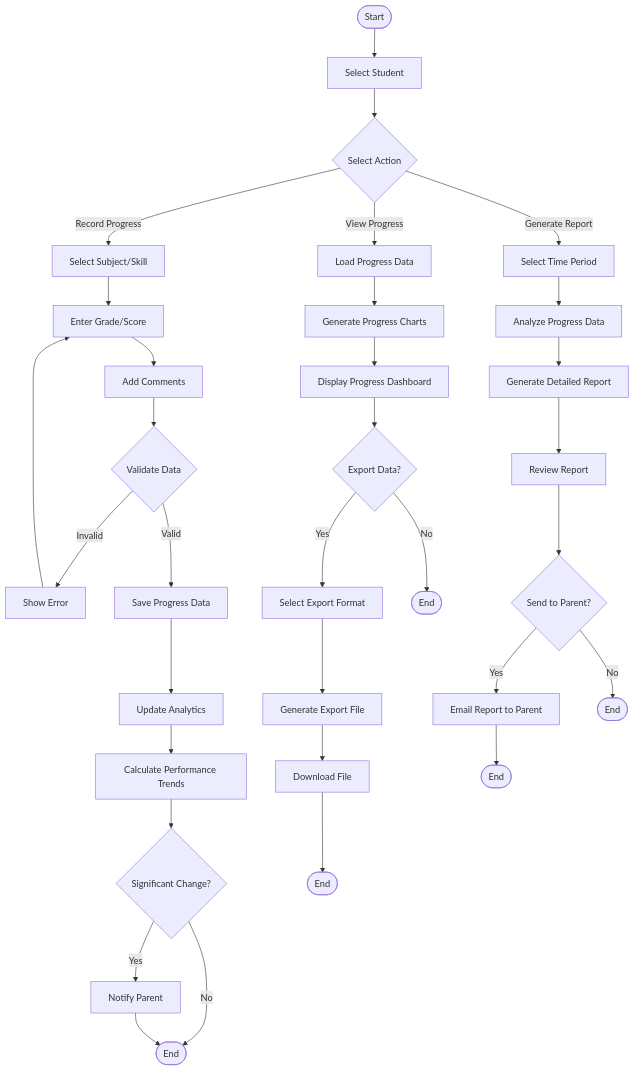
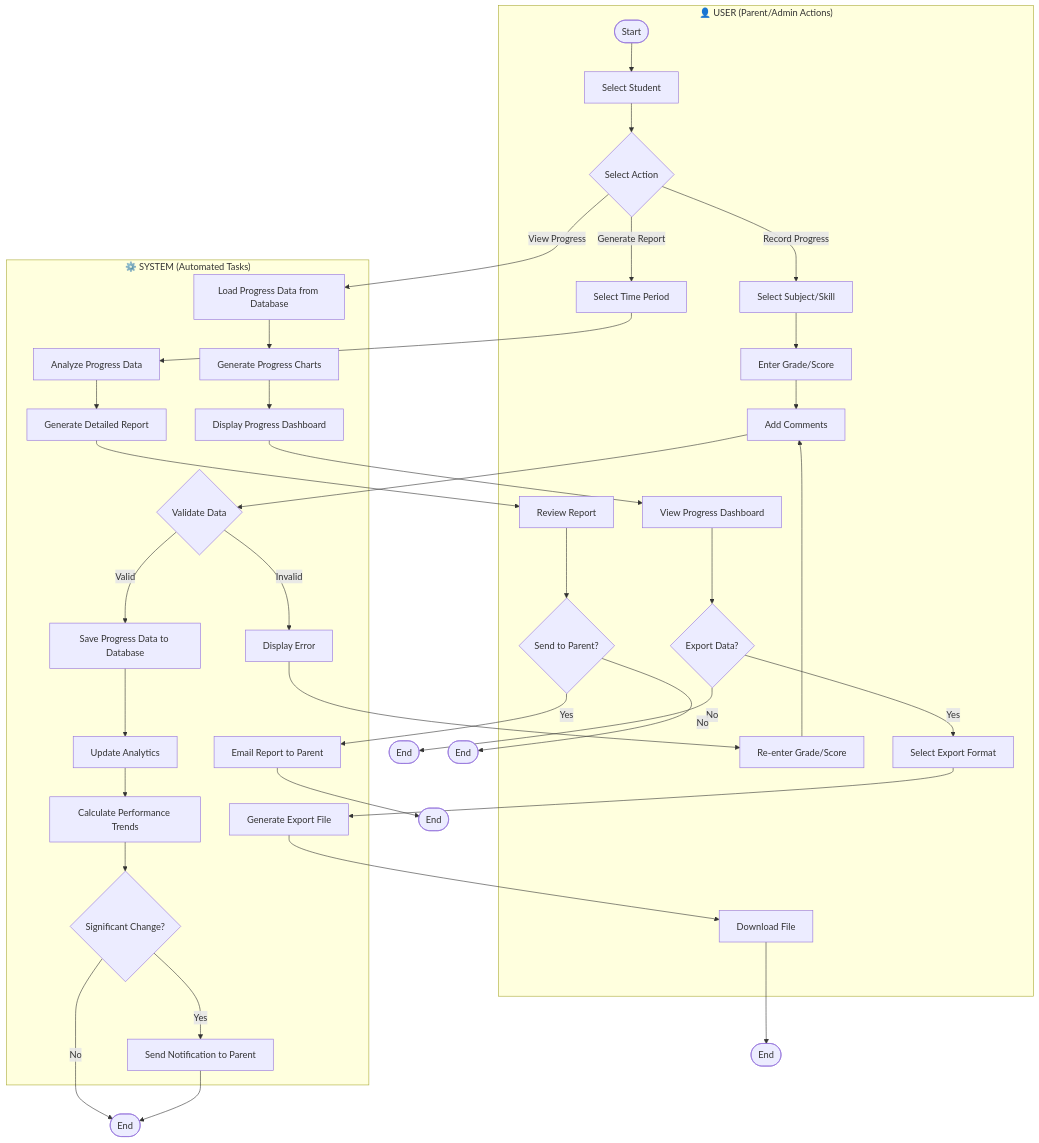
The ninth of 18 diagrams in diagrams.md (TongYwen/childfyp5), drawn with Mermaid before and after one commit. The commit also changed other lines of this file, not shown here.

First line of the commit message:
Add swimlanes to all activity diagrams (4.2.1-4.2.6) to distinguish user vs system tasks

````diff
--- a/diagrams.md
+++ b/diagrams.md
@@ -330,38 +418,74 @@
 ```mermaid
 flowchart TD
-    Start([Start]) --> SelectStudent[Select Student]
-    SelectStudent --> SelectAction{Select Action}
+    subgraph User["👤 USER (Parent/Admin Actions)"]
+        Start([Start])
+        SelectStudent[Select Student]
+        SelectAction{Select Action}
+        SelectSubject[Select Subject/Skill]
+        EnterGrade[Enter Grade/Score]
+        AddComments[Add Comments]
+        ReEnterGrade[Re-enter Grade/Score]
+        ViewProgress[View Progress Dashboard]
+        ExportOption{Export Data?}
+        SelectFormat[Select Export Format]
+        DownloadFile[Download File]
+        SelectPeriod[Select Time Period]
+        ReviewReport[Review Report]
+        SendReport{Send to Parent?}
+    end
 
-    SelectAction -->|Record Progress| SelectSubject[Select Subject/Skill]
-    SelectSubject --> EnterGrade[Enter Grade/Score]
-    EnterGrade --> AddComments[Add Comments]
-    AddComments --> ValidateData{Validate Data}
-    ValidateData -->|Invalid| ShowError1[Show Error]
-    ShowError1 --> EnterGrade
-    ValidateData -->|Valid| SaveProgress[Save Progress Data]
-    SaveProgress --> UpdateAnalytics[Update Analytics]
-    UpdateAnalytics --> CalculateTrends[Calculate Performance Trends]
-    CalculateTrends --> CheckSignificant{Significant Change?}
-    CheckSignificant -->|Yes| NotifyParent1[Notify Parent]
+    subgraph System["⚙️ SYSTEM (Automated Tasks)"]
+        ValidateData{Validate Data}
+        ShowError1[Display Error]
+        SaveProgress[Save Progress Data to Database]
+        UpdateAnalytics[Update Analytics]
+        CalculateTrends[Calculate Performance Trends]
+        CheckSignificant{Significant Change?}
+        NotifyParent1[Send Notification to Parent]
+        LoadProgressData[Load Progress Data from Database]
+        GenerateCharts[Generate Progress Charts]
+        DisplayProgress[Display Progress Dashboard]
+        GenerateExport[Generate Export File]
+        AnalyzeData[Analyze Progress Data]
+        GenerateReport[Generate Detailed Report]
+        EmailReport[Email Report to Parent]
+    end
+
+    Start --> SelectStudent
+    SelectStudent --> SelectAction
+
+    SelectAction -->|Record Progress| SelectSubject
+    SelectSubject --> EnterGrade
+    EnterGrade --> AddComments
+    AddComments --> ValidateData
+    ValidateData -->|Invalid| ShowError1
+    ShowError1 --> ReEnterGrade
+    ReEnterGrade --> AddComments
+    ValidateData -->|Valid| SaveProgress
+    SaveProgress --> UpdateAnalytics
+    UpdateAnalytics --> CalculateTrends
+    CalculateTrends --> CheckSignificant
+    CheckSignificant -->|Yes| NotifyParent1
     CheckSignificant -->|No| End1([End])
     NotifyParent1 --> End1
 
-    SelectAction -->|View Progress| LoadProgressData[Load Progress Data]
-    LoadProgressData --> GenerateCharts[Generate Progress Charts]
-    GenerateCharts --> DisplayProgress[Display Progress Dashboard]
-    DisplayProgress --> ExportOption{Export Data?}
-    ExportOption -->|Yes| SelectFormat[Select Export Format]
-    SelectFormat --> GenerateExport[Generate Export File]
-    GenerateExport --> DownloadFile[Download File]
+    SelectAction -->|View Progress| LoadProgressData
+    LoadProgressData --> GenerateCharts
+    GenerateCharts --> DisplayProgress
+    DisplayProgress --> ViewProgress
+    ViewProgress --> ExportOption
+    ExportOption -->|Yes| SelectFormat
+    SelectFormat --> GenerateExport
+    GenerateExport --> DownloadFile
     DownloadFile --> End2([End])
     ExportOption -->|No| End3([End])
 
-    SelectAction -->|Generate Report| SelectPeriod[Select Time Period]
-    SelectPeriod --> AnalyzeData[Analyze Progress Data]
-    AnalyzeData --> GenerateReport[Generate Detailed Report]
-    GenerateReport --> ReviewReport[Review Report]
-    ReviewReport --> SendReport{Send to Parent?}
-    SendReport -->|Yes| EmailReport[Email Report to Parent]
+    SelectAction -->|Generate Report| SelectPeriod
+    SelectPeriod --> AnalyzeData
+    AnalyzeData --> GenerateReport
+    GenerateReport --> ReviewReport
+    ReviewReport --> SendReport
+    SendReport -->|Yes| EmailReport
     EmailReport --> End4([End])
     SendReport -->|No| End5([End])
 ```
````
